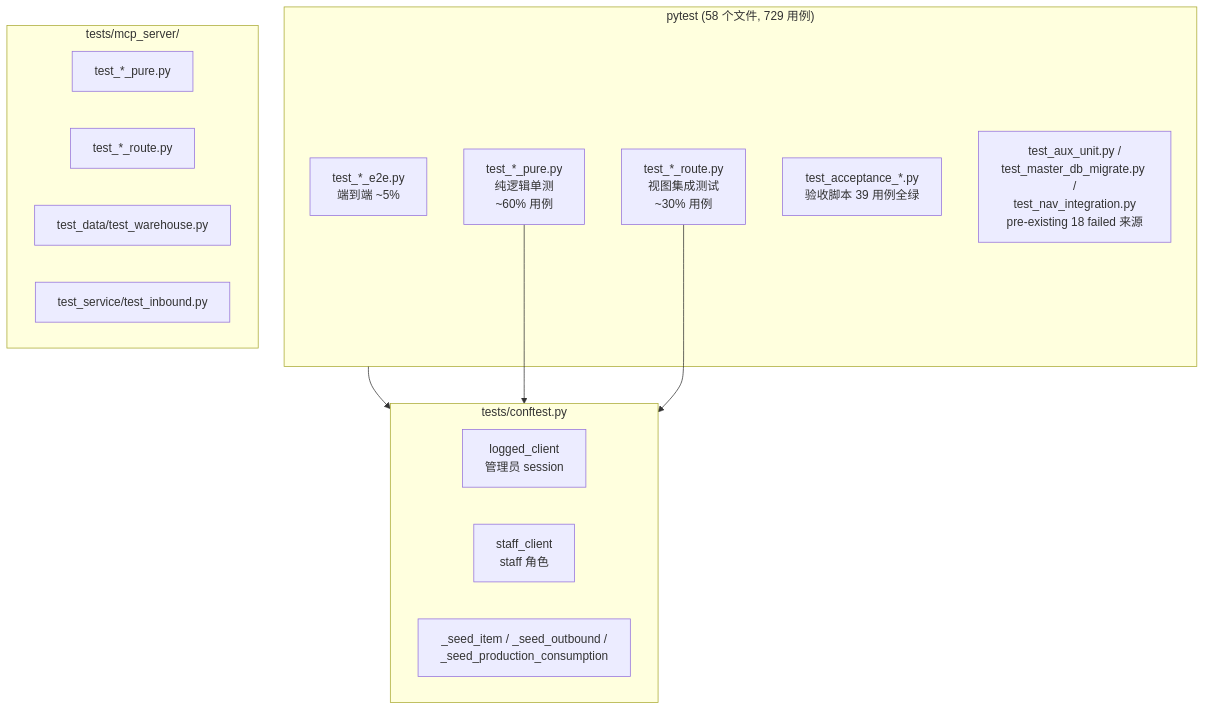
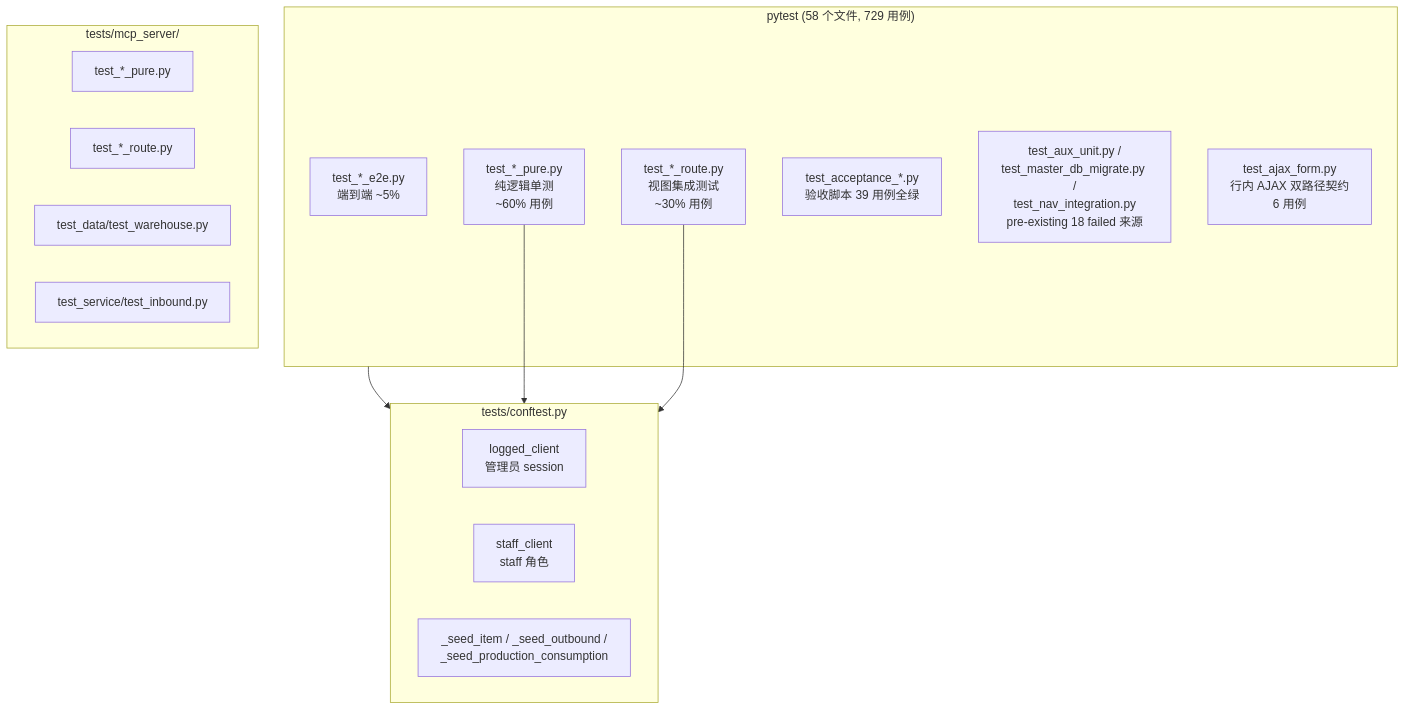
One commit to ericmr1981/DailyCheck changed diagram 17 of 17 in docs/ARCHITECTURE.md. Above: the diagram before and after it, drawn with Mermaid. The commit also changed other lines of this file and 22 other files, not shown here.

````diff
--- a/docs/ARCHITECTURE.md
+++ b/docs/ARCHITECTURE.md
@@ -761,27 +763,28 @@
 ```mermaid
 flowchart TB
     subgraph Pytest["pytest (58 个文件, 729 用例)"]
         Pure["test_*_pure.py<br/>纯逻辑单测<br/>~60% 用例"]
         Route["test_*_route.py<br/>视图集成测试<br/>~30% 用例"]
         E2E["test_*_e2e.py<br/>端到端 ~5%"]
         Acceptance["test_acceptance_*.py<br/>验收脚本 39 用例全绿"]
         Aux["test_aux_unit.py /<br/>test_master_db_migrate.py /<br/>test_nav_integration.py<br/>pre-existing 18 failed 来源"]
+        Ajax["test_ajax_form.py<br/>行内 AJAX 双路径契约<br/>6 用例"]
     end
 
     subgraph Conftest["tests/conftest.py"]
         LoggedClient["logged_client<br/>管理员 session"]
         StaffClient["staff_client<br/>staff 角色"]
         SeedHelpers["_seed_item / _seed_outbound /<br/>_seed_production_consumption"]
     end
 
     subgraph MCPTest["tests/mcp_server/"]
         MCPPure["test_*_pure.py"]
         MCPRoute["test_*_route.py"]
         MCPData["test_data/test_warehouse.py"]
         MCPService["test_service/test_inbound.py"]
     end
 
     Pytest --> Conftest
     Pure --> Conftest
     Route --> Conftest
 ```
````
